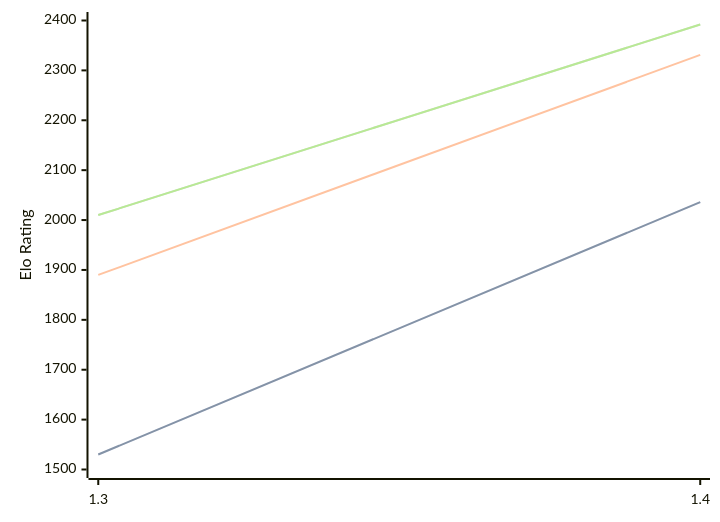
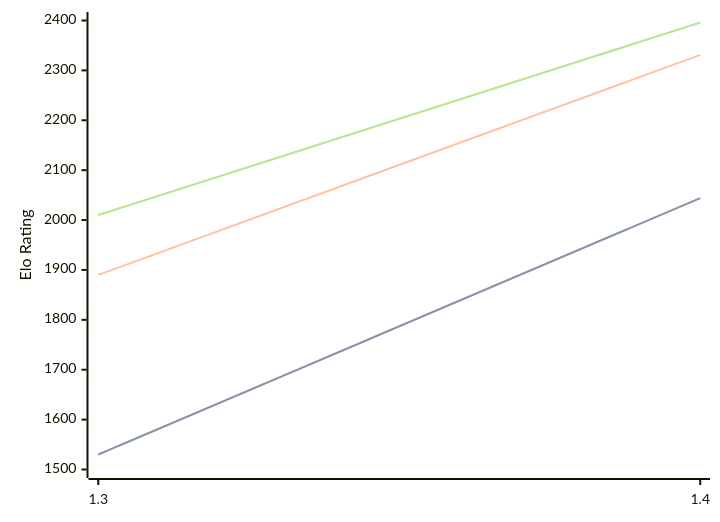
Before and after one commit to computer-chess-index/cci: the diagram in engines/Facon.md, drawn with Mermaid. The commit also changed other lines of this file, not shown here.

Commit message:
Update CCI Ratings (ELO VLTC) - 2026-05-04

````diff
--- a/engines/Facon.md
+++ b/engines/Facon.md
@@ -35,11 +35,11 @@
 ```mermaid
 %%{init: {"theme":"base","themeVariables":{"seriesColors:['#a3a3a3','#222221','#faa371']}}}%%
 xychart-beta
   x-axis ["1.3", "1.4"]
   y-axis "Elo Rating" 1500 --> 2400
-  line "STC (8.0+0.08s)" [1530, 2036]
-  line "STC (8.0+0.08s)" [1530, 2036]
+  line "STC (8.0+0.08s)" [1530, 2044]
+  line "STC (8.0+0.08s)" [1530, 2044]
   line "LTC (60.0+0.60s)" [1890, 2331]
-  line "VLTC (2m24s+1.12s)" [2010, 2392]
-  line "VLTC (2m24s+1.12s)" [2010, 2392]
+  line "VLTC (2m24s+1.12s)" [2010, 2396]
+  line "VLTC (2m24s+1.12s)" [2010, 2396]
 ```
````
